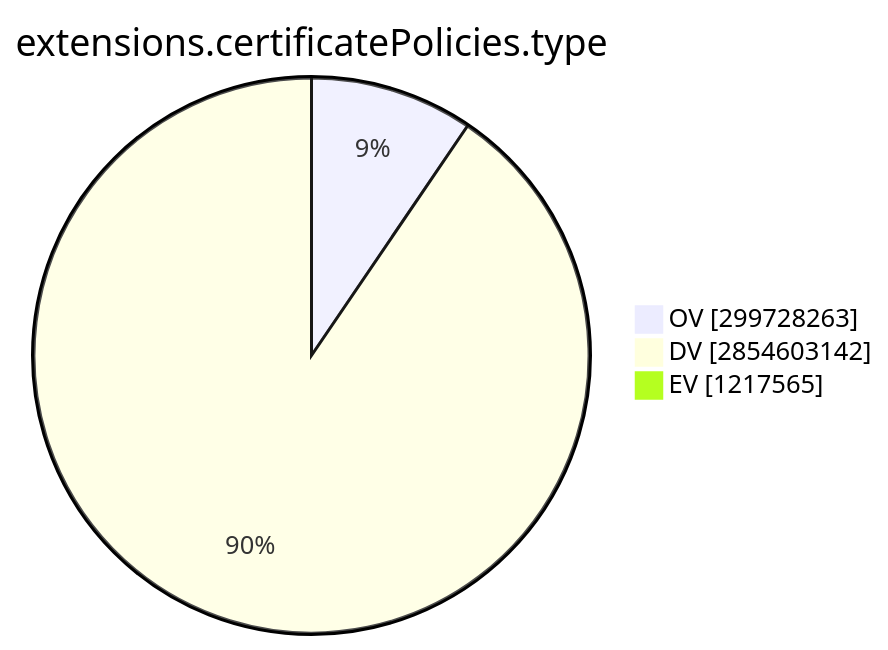
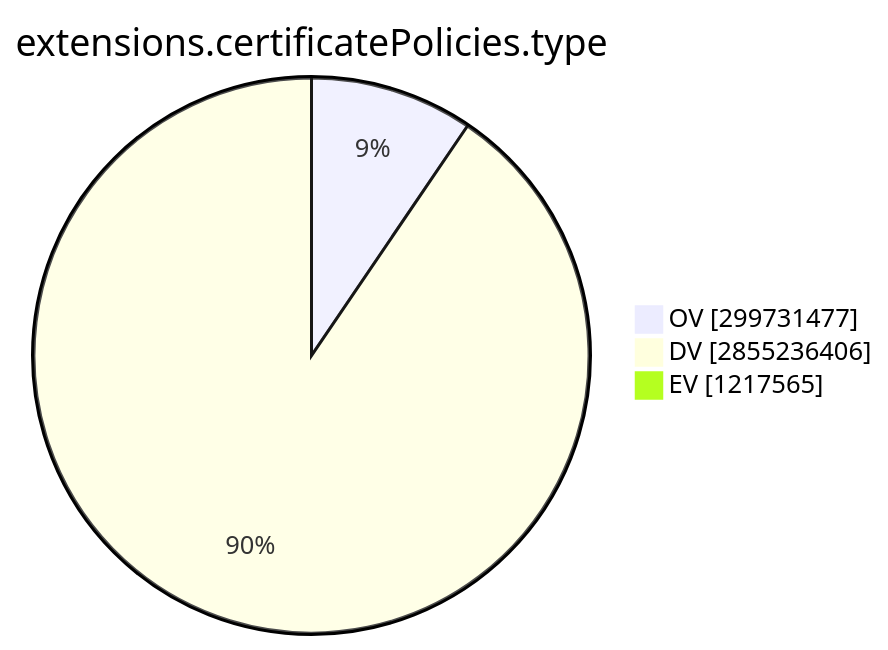
The ninth of 15 diagrams in TOTAL/README.md (christiankrug/ctmonitor_visualization), drawn with Mermaid before and after one commit. The commit also changed other lines of this file, not shown here.

````diff
--- a/TOTAL/README.md
+++ b/TOTAL/README.md
@@ -3101,7 +3101,7 @@
 ```mermaid
 pie showData
 title extensions.certificatePolicies.type
-"OV" :299728263
-"DV" :2854603142
+"OV" :299731477
+"DV" :2855236406
 "EV" :1217565
 ```
````
